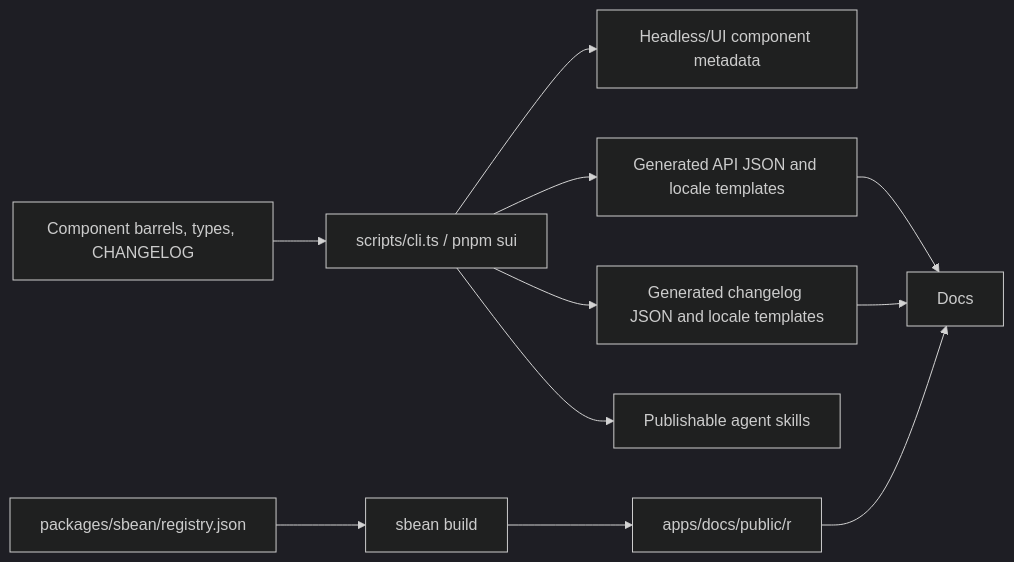
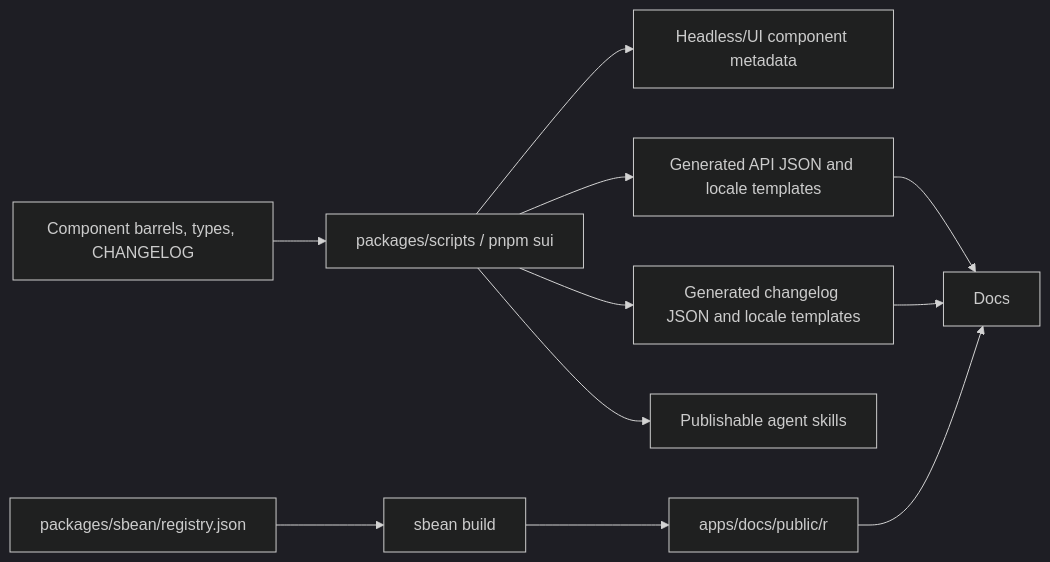
The third of 3 diagrams in docs/architecture.md (soybeanjs/soybean-ui), drawn with Mermaid (dark theme) before and after one commit. The commit also changed other lines of this file and 209 other files, not shown here.

````diff
--- a/docs/architecture.md
+++ b/docs/architecture.md
@@ -264,13 +264,13 @@
 ```mermaid
 flowchart LR
-  Source[Component barrels, types, CHANGELOG] --> SUI["scripts/cli.ts / pnpm sui"]
+  Source[Component barrels, types, CHANGELOG] --> SUI["packages/scripts / pnpm sui"]
   SUI --> Metadata[Headless/UI component metadata]
   SUI --> API[Generated API JSON and locale templates]
   SUI --> Changelog[Generated changelog JSON and locale templates]
   SUI --> Skills[Publishable agent skills]
   Registry["packages/sbean/registry.json"] --> SbeanBuild["sbean build"]
   SbeanBuild --> RegistrySite["apps/docs/public/r"]
   API --> Docs
   Changelog --> Docs
   RegistrySite --> Docs
 ```
````
